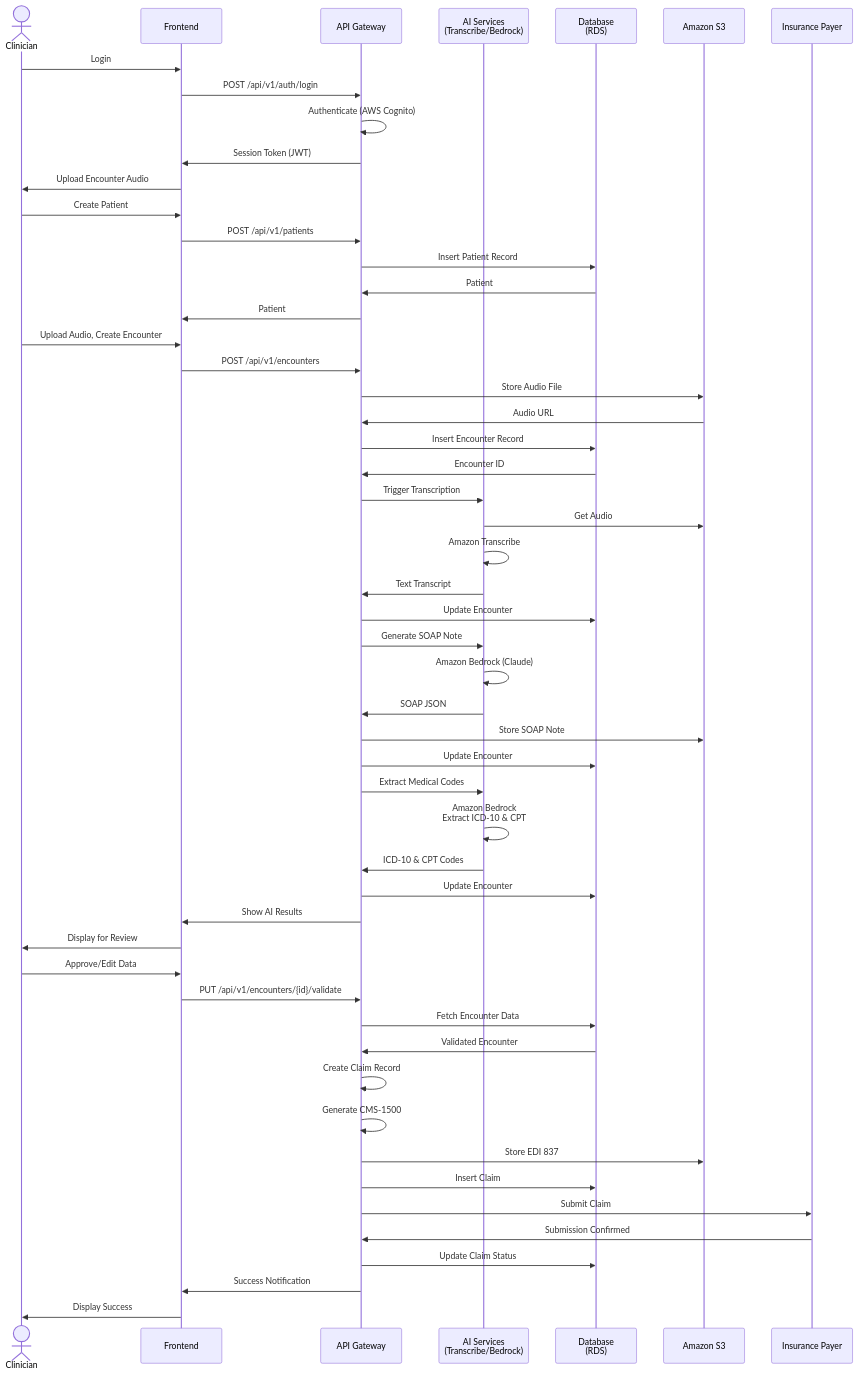
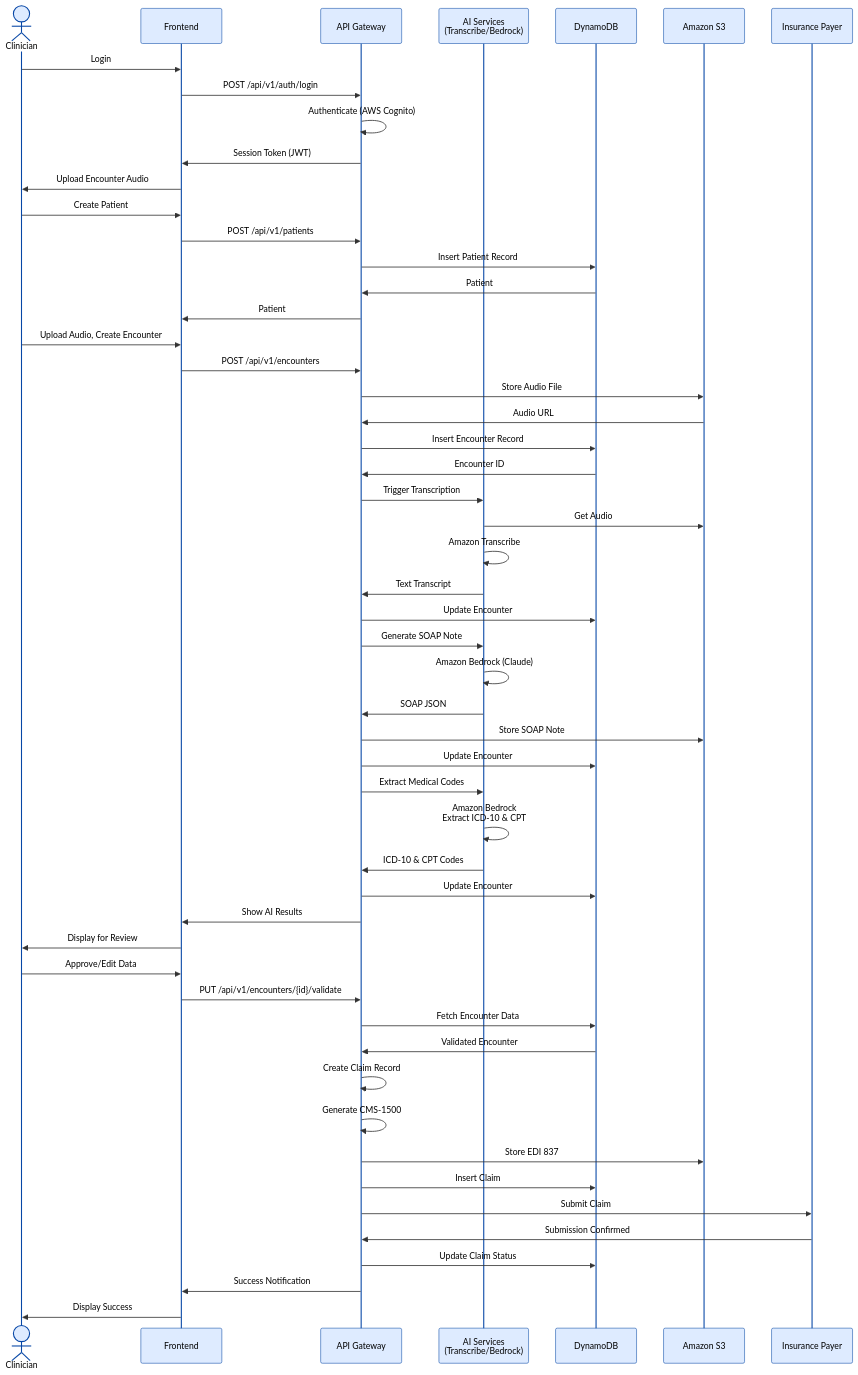
Before and after one commit to hpppm/revclear: the fifth of 8 diagrams in docs/ARCHITECTURE_DIAGRAMS.md, drawn with Mermaid. The commit also changed other lines of this file, not shown here.

````diff
--- a/docs/ARCHITECTURE_DIAGRAMS.md
+++ b/docs/ARCHITECTURE_DIAGRAMS.md
@@ -736,73 +737,75 @@
 ```mermaid
+%%{init: {'theme':'base', 'themeVariables': {'background':'#FFFFFF','actorBkg':'#DEEBFF','actorBorder':'#0747A6','actorTextColor':'#000','actorLineColor':'#0747A6','signalColor':'#333','signalTextColor':'#000','labelBoxBkgColor':'#E3FCEF','labelBoxBorderColor':'#006644','labelTextColor':'#000','loopTextColor':'#000','noteBkgColor':'#FFFAE6','noteTextColor':'#000'}}}%%
+
 sequenceDiagram
     actor Clinician
     participant Frontend
     participant API as API Gateway
     participant AI as AI Services<br/>(Transcribe/Bedrock)
-    participant DB as Database<br/>(RDS)
+    participant DB as DynamoDB
     participant S3 as Amazon S3
     participant Payer as Insurance Payer
     
     %% Authentication
     Clinician->>Frontend: Login
     Frontend->>API: POST /api/v1/auth/login
     API->>API: Authenticate (AWS Cognito)
     API->>Frontend: Session Token (JWT)
     Frontend->>Clinician: Upload Encounter Audio
     
     %% Patient Selection
     Clinician->>Frontend: Create Patient
     Frontend->>API: POST /api/v1/patients
     API->>DB: Insert Patient Record
     DB->>API: Patient
     API->>Frontend: Patient
     
     %% Encounter Recording
     Clinician->>Frontend: Upload Audio, Create Encounter
     Frontend->>API: POST /api/v1/encounters
     API->>S3: Store Audio File
     S3->>API: Audio URL
     API->>DB: Insert Encounter Record
     DB->>API: Encounter ID
     
     %% AI Processing - Step 1: Transcription
     API->>AI: Trigger Transcription
     AI->>S3: Get Audio
     AI->>AI: Amazon Transcribe
     AI->>API: Text Transcript
     API->>DB: Update Encounter
     
     %% AI Processing - Step 2: SOAP Generation
     API->>AI: Generate SOAP Note
     AI->>AI: Amazon Bedrock (Claude)
     AI->>API: SOAP JSON
     API->>S3: Store SOAP Note
     API->>DB: Update Encounter
     
     %% AI Processing - Step 3: Medical Codes
     API->>AI: Extract Medical Codes
     AI->>AI: Amazon Bedrock<br/>Extract ICD-10 & CPT
     AI->>API: ICD-10 & CPT Codes
     API->>DB: Update Encounter
     
     %% Human Validation
     API->>Frontend: Show AI Results
     Frontend->>Clinician: Display for Review
     Clinician->>Frontend: Approve/Edit Data
     Frontend->>API: PUT /api/v1/encounters/{id}/validate
     
     %% Claim Generation
     API->>DB: Fetch Encounter Data
     DB->>API: Validated Encounter
     API->>API: Create Claim Record
     API->>API: Generate CMS-1500
     API->>S3: Store EDI 837
     API->>DB: Insert Claim
     
     %% Claim Submission
     API->>Payer: Submit Claim
     Payer->>API: Submission Confirmed
     API->>DB: Update Claim Status
     API->>Frontend: Success Notification
     Frontend->>Clinician: Display Success
 ```
````
